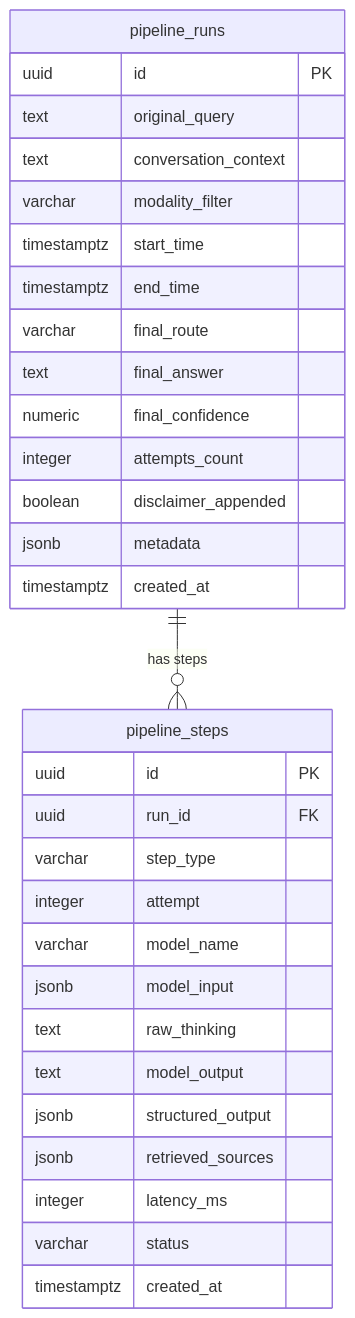
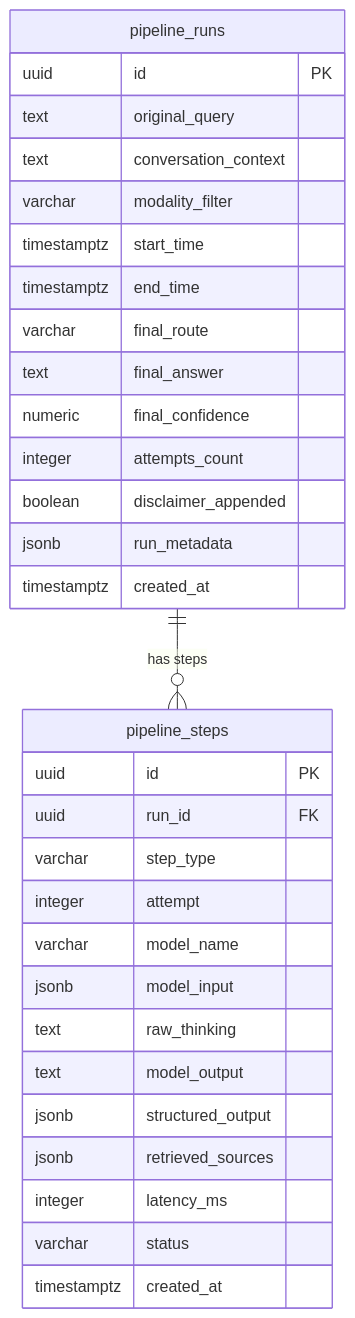
Before and after one commit to OmgItsAmmer/Scrutinize: the diagram in docs/extras/logging.md, drawn with Mermaid. The commit also changed other lines of this file and 17 other files, not shown here.

````diff
--- a/docs/extras/logging.md
+++ b/docs/extras/logging.md
@@ -22,34 +22,34 @@
 ```mermaid
 erDiagram
     pipeline_runs ||--o{ pipeline_steps : "has steps"
     pipeline_runs {
         uuid id PK
         text original_query
         text conversation_context
         varchar modality_filter
         timestamptz start_time
         timestamptz end_time
         varchar final_route
         text final_answer
         numeric final_confidence
         integer attempts_count
         boolean disclaimer_appended
-        jsonb metadata
+        jsonb run_metadata
         timestamptz created_at
     }
     pipeline_steps {
         uuid id PK
         uuid run_id FK
         varchar step_type
         integer attempt
         varchar model_name
         jsonb model_input
         text raw_thinking
         text model_output
         jsonb structured_output
         jsonb retrieved_sources
         integer latency_ms
         varchar status
         timestamptz created_at
     }
 ```
````
